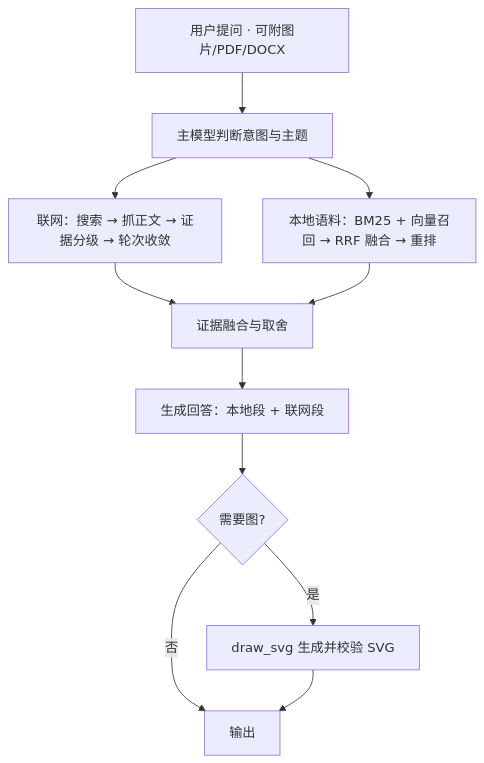
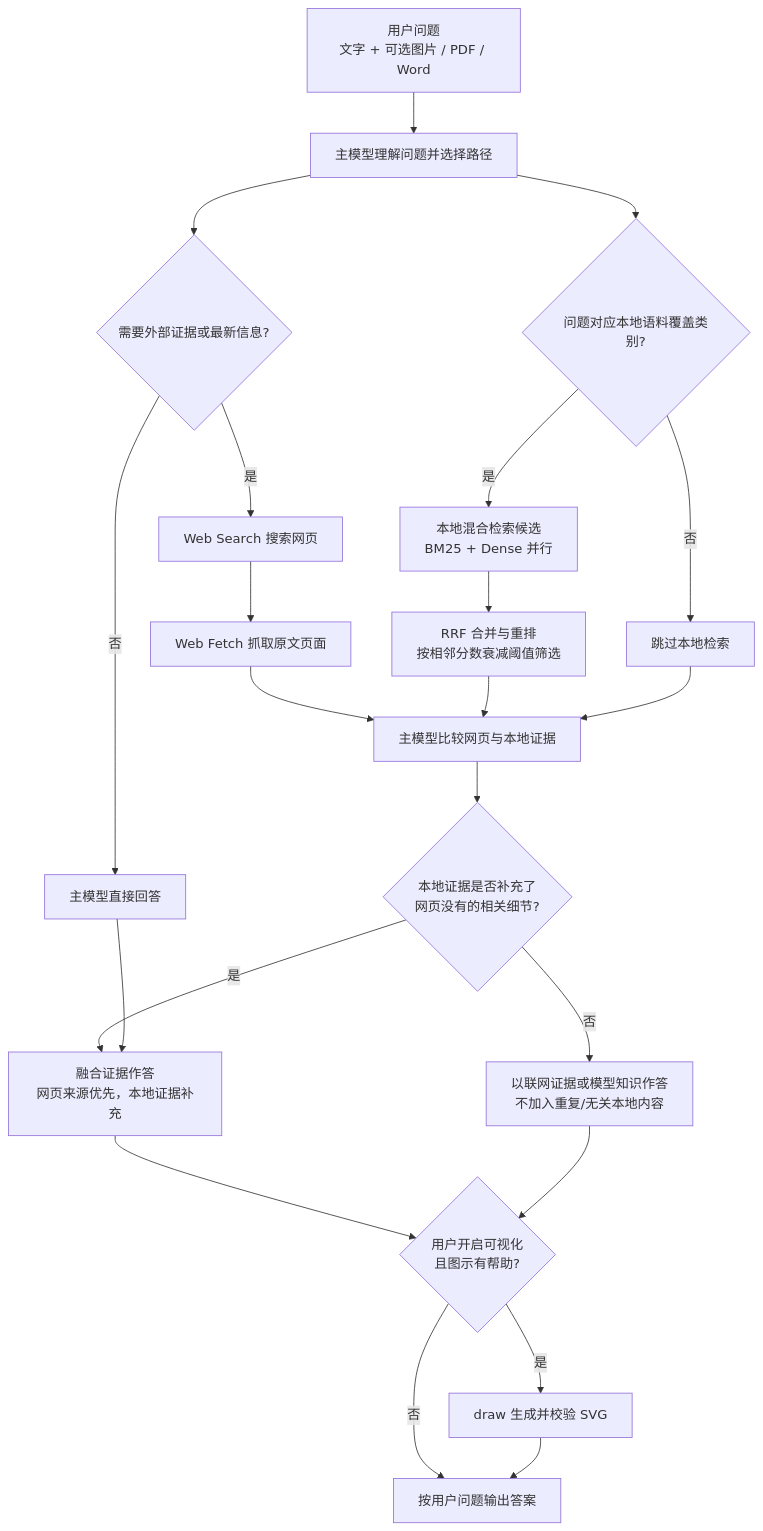
Before and after one commit to w1-23/QAagent: the diagram in README.md, drawn with Mermaid. The commit also changed other lines of this file and 14 other files, not shown here.

Commit message:
vision: 病害图像初筛（3 模型 ONNX 融合 + 拒识 + 覆盖声明）

````diff
--- a/README.md
+++ b/README.md
@@ -28,13 +9,24 @@
 ```mermaid
 flowchart TD
-    Q[用户提问 · 可附图片/PDF/DOCX] --> I[主模型判断意图与主题]
-    I --> W[联网：搜索 → 抓正文 → 证据分级 → 轮次收敛]
-    I --> L[本地语料：BM25 + 向量召回 → RRF 融合 → 重排]
-    W --> S[证据融合与取舍]
-    L --> S
-    S --> A[生成回答：本地段 + 联网段]
-    A --> V{需要图?}
-    V -- 是 --> D[draw_svg 生成并校验 SVG]
-    V -- 否 --> O[输出]
-    D --> O
+    U[用户问题<br/>文字 + 可选图片 / PDF / Word] --> M[主模型理解问题并选择路径]
+    M --> W{需要外部证据或最新信息?}
+    W -- 是 --> WS[Web Search 搜索网页]
+    WS --> WF[Web Fetch 抓取原文页面]
+    W -- 否 --> D[主模型直接回答]
+    M --> C{问题对应本地语料覆盖类别?}
+    C -- 否 --> SKIP[跳过本地检索]
+    C -- 是 --> LR[本地混合检索候选<br/>BM25 + Dense 并行]
+    LR --> RRF[RRF 合并与重排<br/>按相邻分数衰减阈值筛选]
+    WF --> E[主模型比较网页与本地证据]
+    RRF --> E
+    SKIP --> E
+    E --> S{本地证据是否补充了<br/>网页没有的相关细节?}
+    S -- 是 --> A[融合证据作答<br/>网页来源优先，本地证据补充]
+    S -- 否 --> A2[以联网证据或模型知识作答<br/>不加入重复/无关本地内容]
+    D --> A
+    A --> V{用户开启可视化<br/>且图示有帮助?}
+    A2 --> V
+    V -- 是 --> SVG[draw 生成并校验 SVG]
+    V -- 否 --> OUT[按用户问题输出答案]
+    SVG --> OUT
 ```
````
